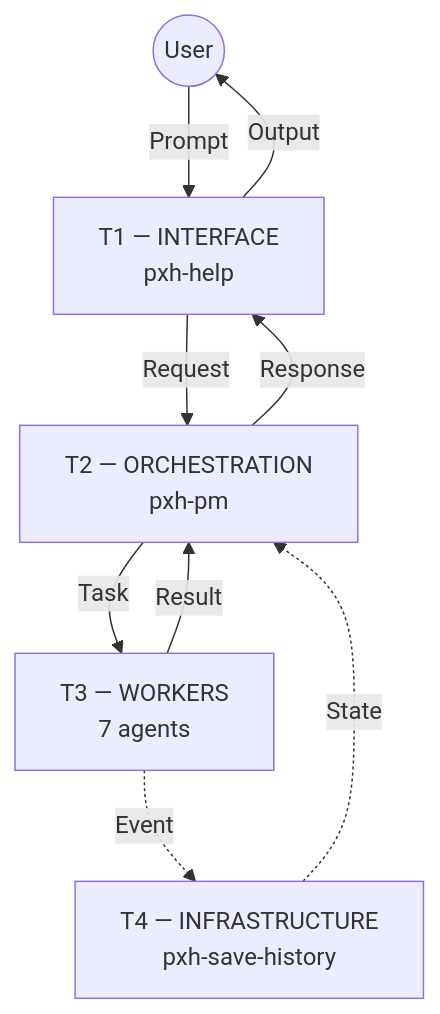
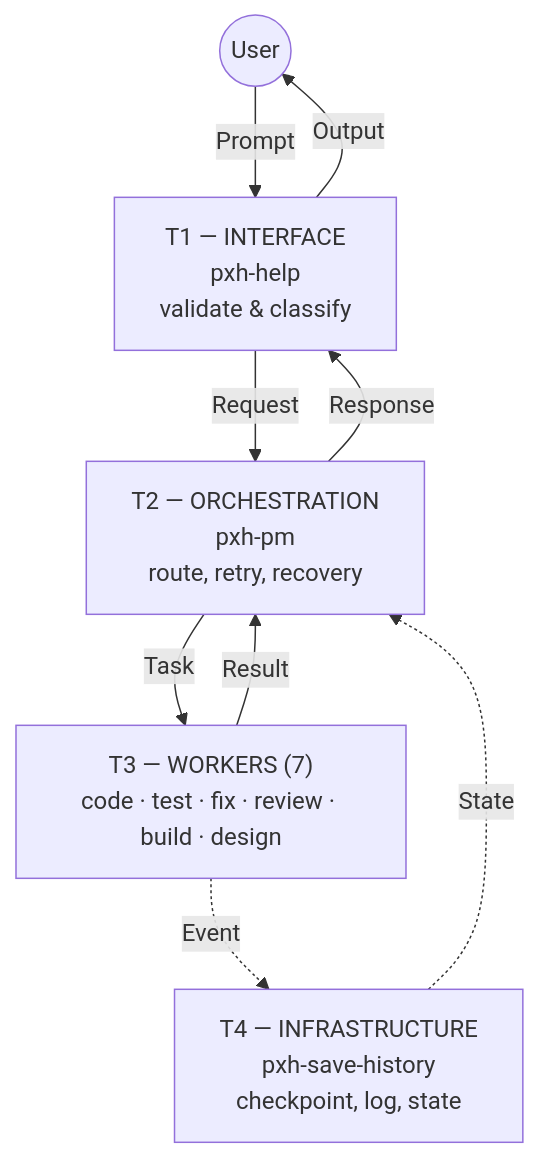
One commit to kitajima2910/pxhopencode changed the second of 2 diagrams in README.md. Above: the diagram before and after it, drawn with Mermaid. The commit also changed other lines of this file and 5 other files, not shown here.

Commit message:
feat: rewrite README as practical user guide; simplify architecture and virtual office sections; update version to v49

````diff
--- a/README.md
+++ b/README.md
@@ -66,17 +134,17 @@
 ```mermaid
 flowchart TD
     User((User))
-    T1["T1 — INTERFACE<br/>pxh-help"]
-    T2["T2 — ORCHESTRATION<br/>pxh-pm"]
-    T3["T3 — WORKERS<br/>7 agents"]
-    T4["T4 — INFRASTRUCTURE<br/>pxh-save-history"]
+    T1["T1 — INTERFACE<br/>pxh-help<br/>validate & classify"]
+    T2["T2 — ORCHESTRATION<br/>pxh-pm<br/>route, retry, recovery"]
+    T3["T3 — WORKERS (7)<br/>code · test · fix · review · build · design"]
+    T4["T4 — INFRASTRUCTURE<br/>pxh-save-history<br/>checkpoint, log, state"]
 
     User -->|Prompt| T1
     T1 -->|Request| T2
     T2 -->|Task| T3
     T3 -->|Result| T2
     T2 -->|Response| T1
     T1 -->|Output| User
     T3 -.->|Event| T4
     T4 -.->|State| T2
 ```
````
